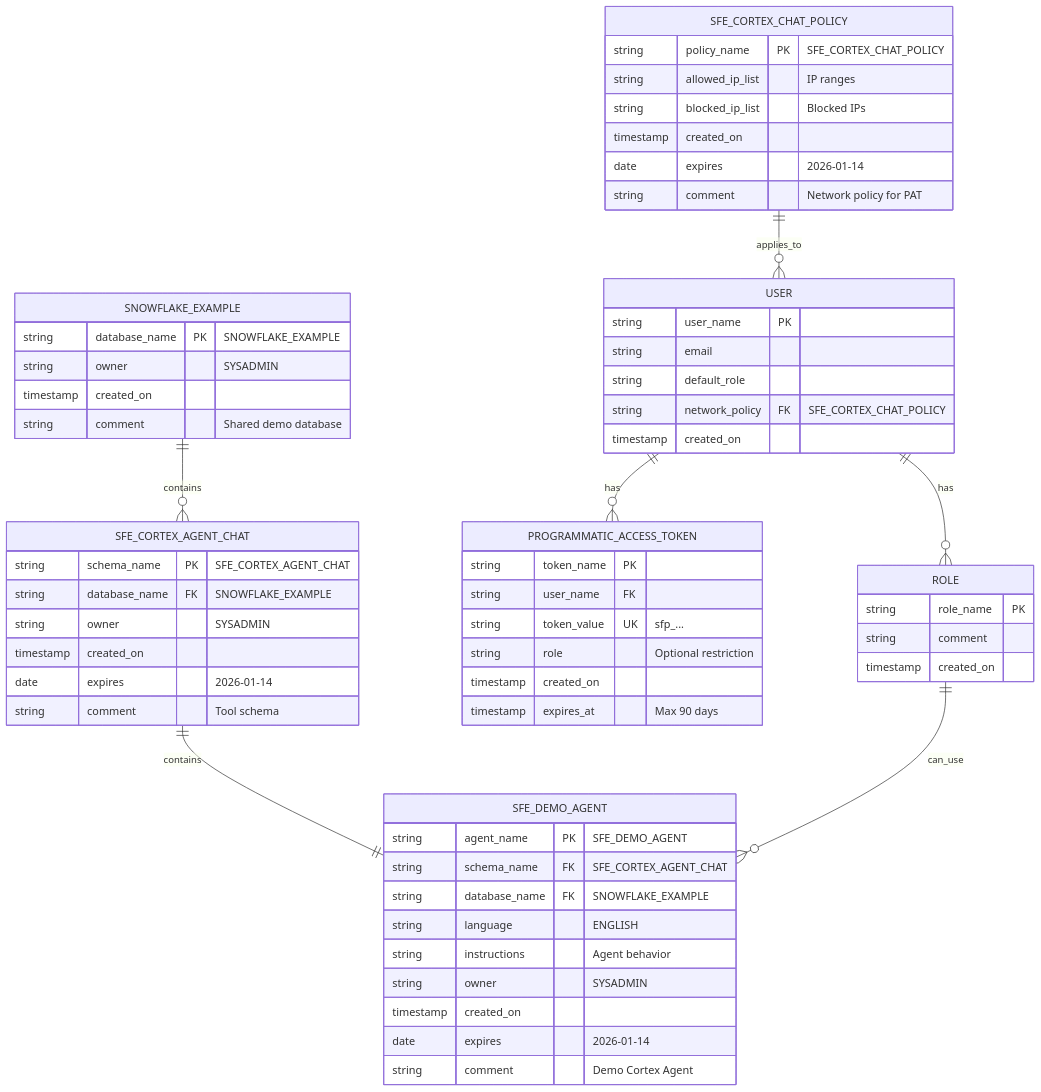
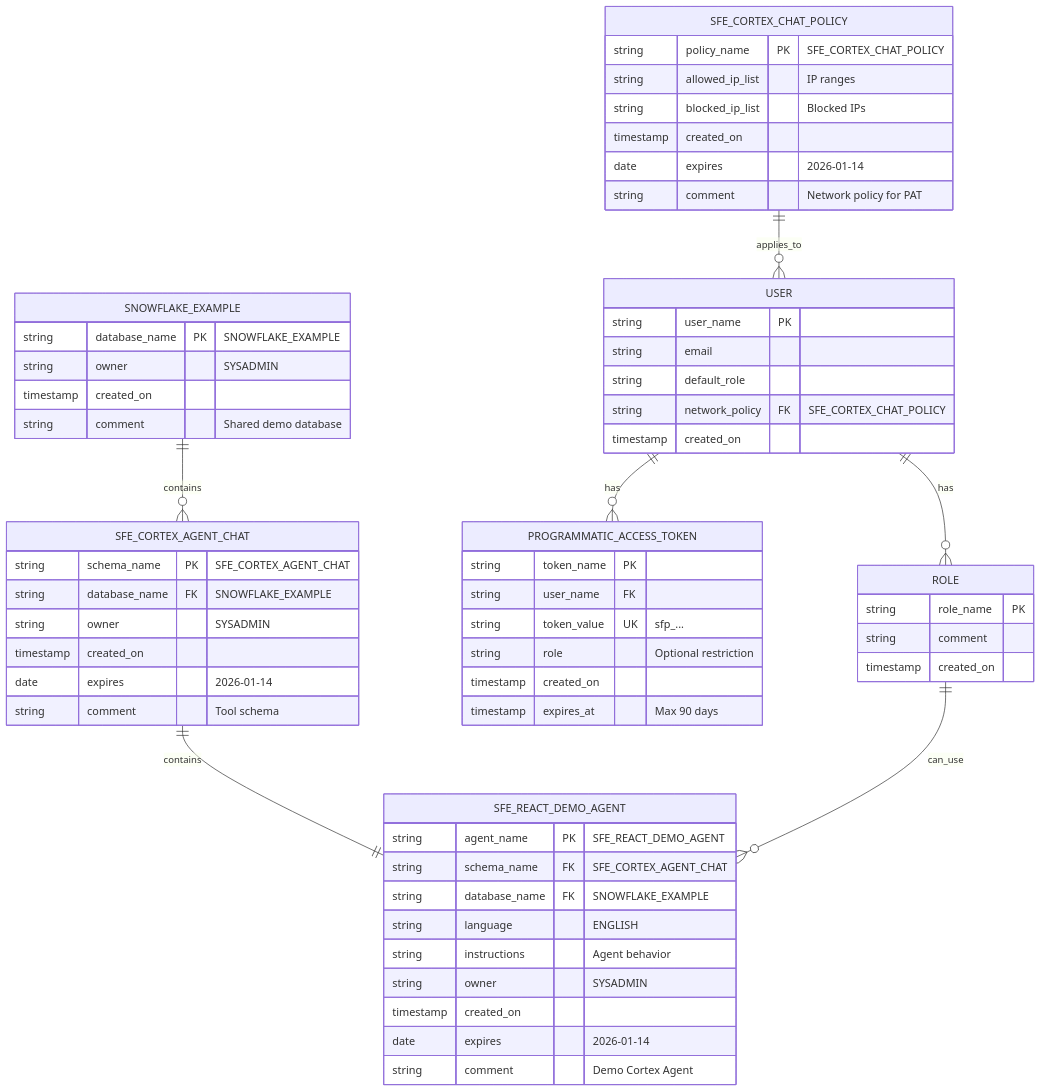
One commit to sfc-gh-miwhitaker/tools changed the diagram in tools/cortex-agent-chat/diagrams/data-model.md. Above: the diagram before and after it, drawn with Mermaid. The commit also changed other lines of this file and 21 other files, not shown here.

````diff
--- a/tools/cortex-agent-chat/diagrams/data-model.md
+++ b/tools/cortex-agent-chat/diagrams/data-model.md
@@ -16,69 +16,69 @@
 ```mermaid
 erDiagram
     SNOWFLAKE_EXAMPLE ||--o{ SFE_CORTEX_AGENT_CHAT : contains
-    SFE_CORTEX_AGENT_CHAT ||--|| SFE_DEMO_AGENT : contains
+    SFE_CORTEX_AGENT_CHAT ||--|| SFE_REACT_DEMO_AGENT : contains
     SFE_CORTEX_CHAT_POLICY ||--o{ USER : applies_to
     USER ||--o{ PROGRAMMATIC_ACCESS_TOKEN : has
     USER ||--o{ ROLE : has
-    ROLE ||--o{ SFE_DEMO_AGENT : can_use
+    ROLE ||--o{ SFE_REACT_DEMO_AGENT : can_use
     
     SNOWFLAKE_EXAMPLE {
         string database_name PK "SNOWFLAKE_EXAMPLE"
         string owner "SYSADMIN"
         timestamp created_on
         string comment "Shared demo database"
     }
     
     SFE_CORTEX_AGENT_CHAT {
         string schema_name PK "SFE_CORTEX_AGENT_CHAT"
         string database_name FK "SNOWFLAKE_EXAMPLE"
         string owner "SYSADMIN"
         timestamp created_on
         date expires "2026-01-14"
         string comment "Tool schema"
     }
     
-    SFE_DEMO_AGENT {
-        string agent_name PK "SFE_DEMO_AGENT"
+    SFE_REACT_DEMO_AGENT {
+        string agent_name PK "SFE_REACT_DEMO_AGENT"
         string schema_name FK "SFE_CORTEX_AGENT_CHAT"
         string database_name FK "SNOWFLAKE_EXAMPLE"
         string language "ENGLISH"
         string instructions "Agent behavior"
         string owner "SYSADMIN"
         timestamp created_on
         date expires "2026-01-14"
         string comment "Demo Cortex Agent"
     }
     
     SFE_CORTEX_CHAT_POLICY {
         string policy_name PK "SFE_CORTEX_CHAT_POLICY"
         string allowed_ip_list "IP ranges"
         string blocked_ip_list "Blocked IPs"
         timestamp created_on
         date expires "2026-01-14"
         string comment "Network policy for PAT"
     }
     
     USER {
         string user_name PK
         string email
         string default_role
         string network_policy FK "SFE_CORTEX_CHAT_POLICY"
         timestamp created_on
     }
     
     PROGRAMMATIC_ACCESS_TOKEN {
         string token_name PK
         string user_name FK
         string token_value UK "sfp_..."
         string role "Optional restriction"
         timestamp created_on
         timestamp expires_at "Max 90 days"
     }
     
     ROLE {
         string role_name PK
         string comment
         timestamp created_on
     }
 ```
````
